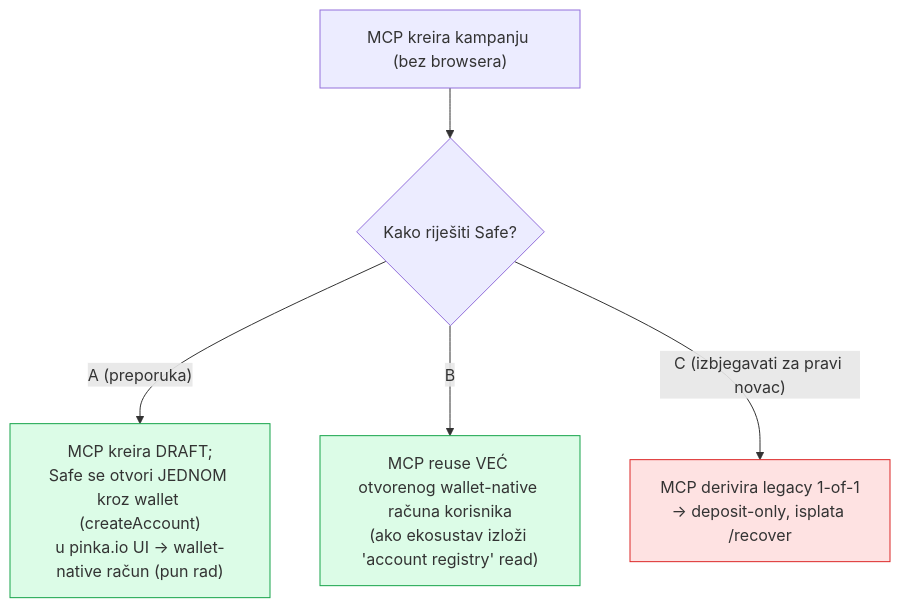
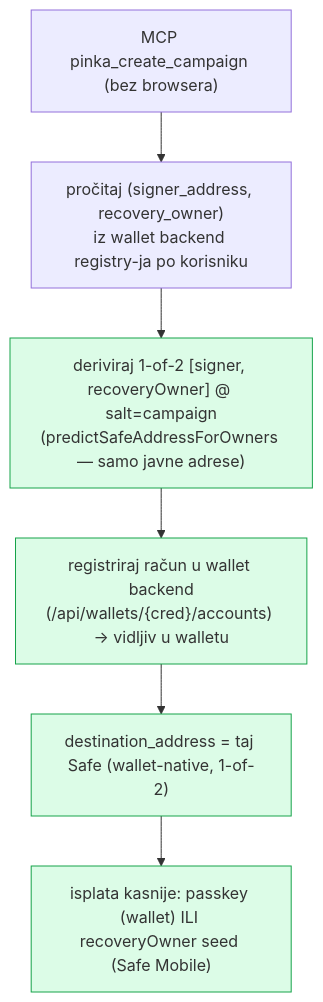
Before and after one commit to pinka-finance/mcp-automation: the sixth of 6 diagrams in docs/campaign-safe-portability.md, drawn with Mermaid. The commit also changed other lines of this file, not shown here.

First line of the commit message:
docs(rev2): ispravak — recoveryOwner je korisnikov BIP39 EOA → 1-of-2 JE Safe-Mobile-prenosiv

````diff
--- a/docs/campaign-safe-portability.md
+++ b/docs/campaign-safe-portability.md
@@ -204,12 +155,11 @@
 ```mermaid
 flowchart TD
-    MCP["MCP kreira kampanju (bez browsera)"] --> CHOICE{"Kako riješiti Safe?"}
-    CHOICE -->|"A (preporuka)"| A["MCP kreira DRAFT;<br/>Safe se otvori JEDNOM kroz wallet (createAccount)<br/>u pinka.io UI → wallet-native račun (pun rad)"]
-    CHOICE -->|"B"| B["MCP reuse VEĆ otvorenog wallet-native računa korisnika<br/>(ako ekosustav izloži 'account registry' read)"]
-    CHOICE -->|"C (izbjegavati za pravi novac)"| C["MCP derivira legacy 1-of-1<br/>→ deposit-only, isplata /recover"]
+    M["MCP pinka_create_campaign (bez browsera)"] --> R["pročitaj (signer_address, recovery_owner)<br/>iz wallet backend registry-ja po korisniku"]
+    R --> D["deriviraj 1-of-2 [signer, recoveryOwner] @ salt=campaign<br/>(predictSafeAddressForOwners — samo javne adrese)"]
+    D --> REG["registriraj račun u wallet backend<br/>(/api/wallets/{cred}/accounts) → vidljiv u walletu"]
+    REG --> DEST["destination_address = taj Safe (wallet-native, 1-of-2)"]
+    DEST --> SIGN["isplata kasnije: passkey (wallet) ILI recoveryOwner seed (Safe Mobile)"]
 
     classDef good fill:#dcfce7,stroke:#16a34a;
-    classDef bad fill:#fee2e2,stroke:#dc2626;
-    class A,B good;
-    class C bad;
+    class D,REG,DEST,SIGN good;
 ```
````
